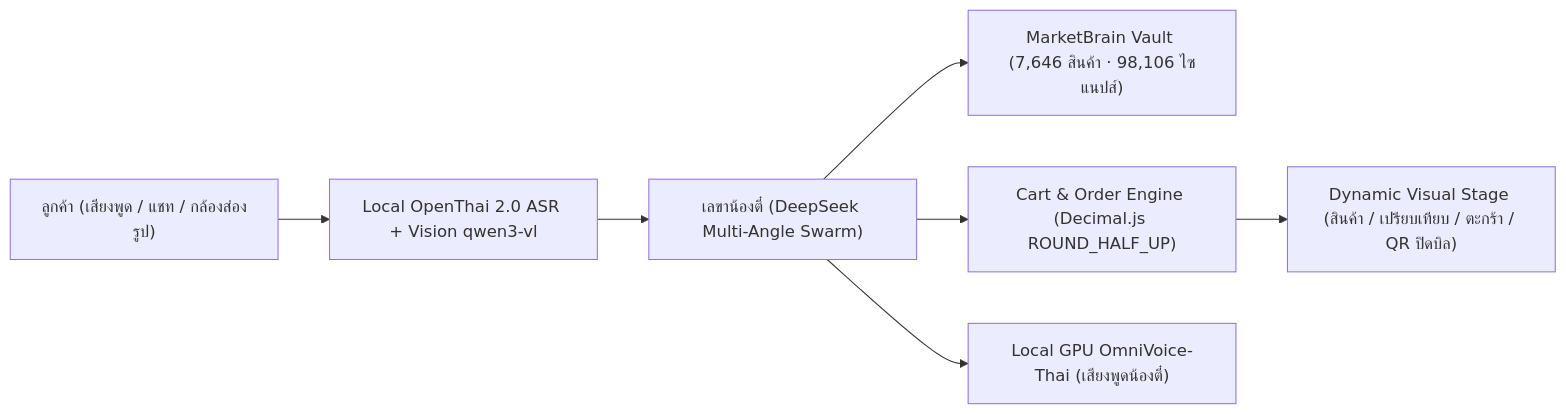
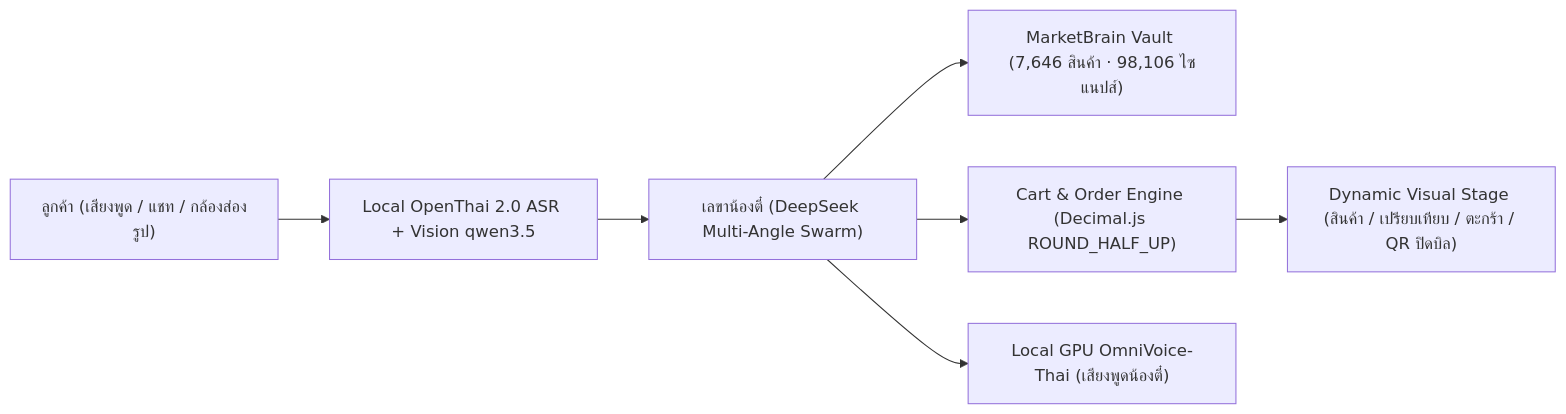
One commit to jaturapornchai/marketbrain changed the diagram in README.md. Above: the diagram before and after it, drawn with Mermaid. The commit also changed other lines of this file and 8 other files, not shown here.

First line of the commit message:
feat: qwen3.5:9b vision + continuous related-product selling

````diff
--- a/README.md
+++ b/README.md
@@ -36,9 +36,9 @@
 ```mermaid
 flowchart LR
-  U["ลูกค้า (เสียงพูด / แชท / กล้องส่องรูป)"] --> ASR["Local OpenThai 2.0 ASR + Vision qwen3-vl"]
+  U["ลูกค้า (เสียงพูด / แชท / กล้องส่องรูป)"] --> ASR["Local OpenThai 2.0 ASR + Vision qwen3.5"]
   ASR --> TEE["เลขาน้องตี๋ (DeepSeek Multi-Angle Swarm)"]
   TEE --> BRAIN["MarketBrain Vault (7,646 สินค้า · 98,106 ไซแนปส์)"]
   TEE --> CART["Cart & Order Engine (Decimal.js ROUND_HALF_UP)"]
   TEE --> TTS["Local GPU OmniVoice-Thai (เสียงพูดน้องตี๋)"]
   CART --> STAGE["Dynamic Visual Stage (สินค้า / เปรียบเทียบ / ตะกร้า / QR ปิดบิล)"]
 ```
````
